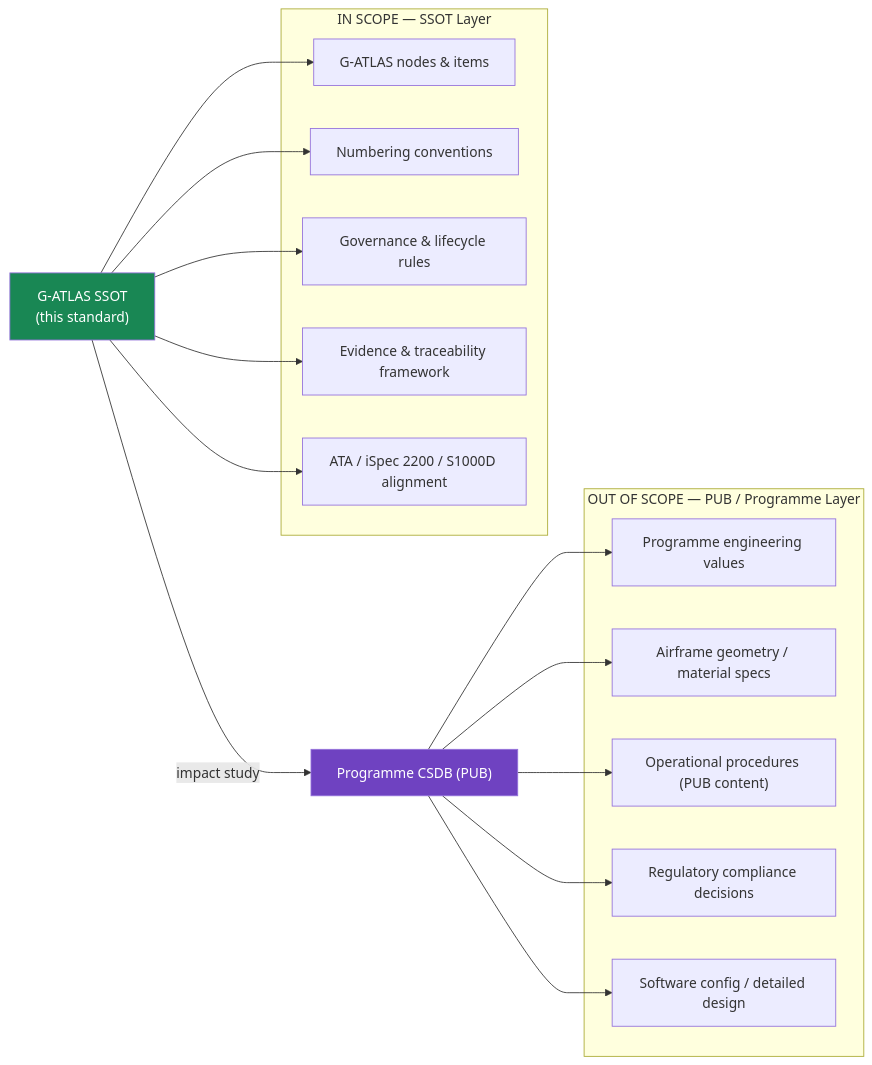
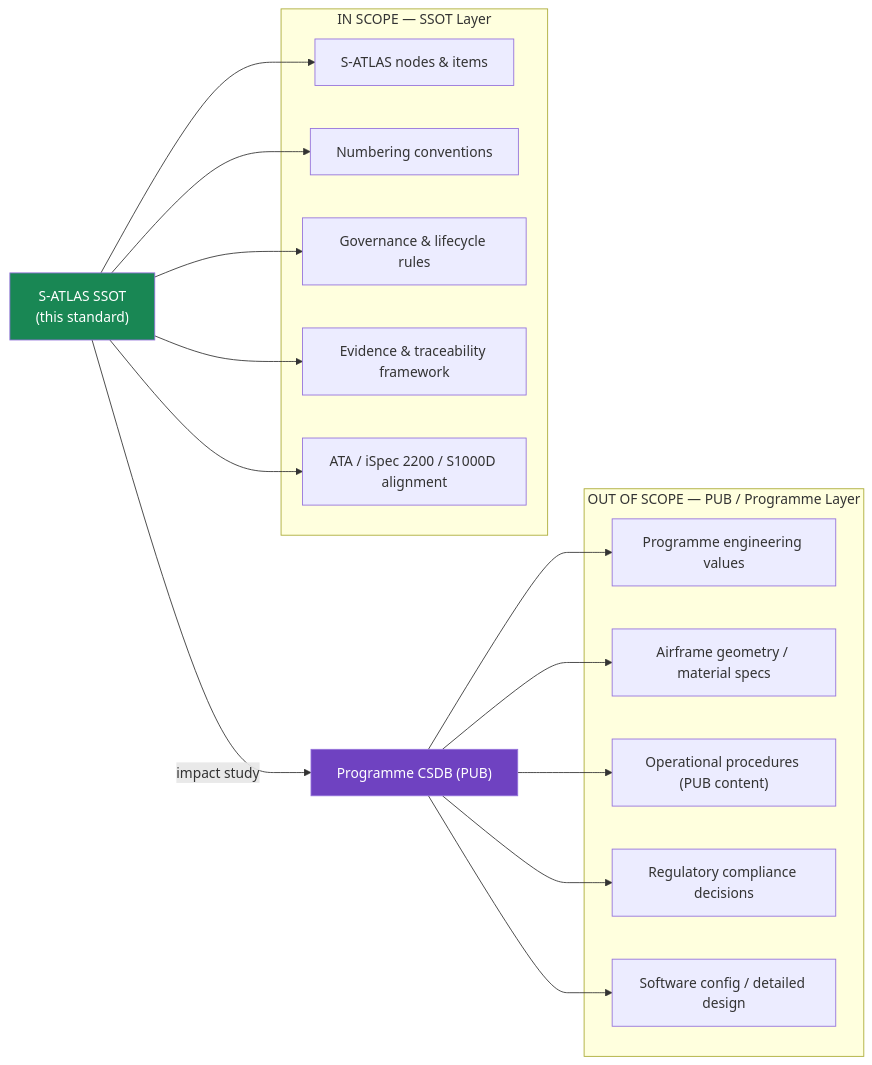
The diagram in 01_OPTIONS_ARCHITECTURE/01-03_TECHNOLOGIES/01-03-01_Q+ATLANTIDE/000-099_S-ATLAS/000-009_General-Information-and-Service/000_General/000-000_General-Introduction/000-000-001-Scope-and-Definitions.md (AmedeoPelliccia/Q-plus-A), drawn with Mermaid before and after one commit. The commit also changed other lines of this file and 641 other files, not shown here.

````diff
--- a/01_OPTIONS_ARCHITECTURE/01-03_TECHNOLOGIES/01-03-01_Q+ATLANTIDE/000-099_S-ATLAS/000-009_General-Information-and-Service/000_General/000-000_General-Introduction/000-000-001-Scope-and-Definitions.md
+++ b/01_OPTIONS_ARCHITECTURE/01-03_TECHNOLOGIES/01-03-01_Q+ATLANTIDE/000-099_S-ATLAS/000-009_General-Information-and-Service/000_General/000-000_General-Introduction/000-000-001-Scope-and-Definitions.md
@@ -102,25 +102,25 @@
 ```mermaid
 graph LR
     subgraph "IN SCOPE — SSOT Layer"
-        S1["G-ATLAS nodes &amp; items"]
+        S1["S-ATLAS nodes &amp; items"]
         S2["Numbering conventions"]
         S3["Governance &amp; lifecycle rules"]
         S4["Evidence &amp; traceability framework"]
         S5["ATA / iSpec 2200 / S1000D alignment"]
     end
 
     subgraph "OUT OF SCOPE — PUB / Programme Layer"
         O1["Programme engineering values"]
         O2["Airframe geometry / material specs"]
         O3["Operational procedures (PUB content)"]
         O4["Regulatory compliance decisions"]
         O5["Software config / detailed design"]
     end
 
-    SSOT["G-ATLAS SSOT<br/>(this standard)"] --> S1 & S2 & S3 & S4 & S5
+    SSOT["S-ATLAS SSOT<br/>(this standard)"] --> S1 & S2 & S3 & S4 & S5
     PROG["Programme CSDB (PUB)"] --> O1 & O2 & O3 & O4 & O5
     SSOT -->|"impact study"| PROG
 
     style SSOT fill:#198754,color:#fff
     style PROG fill:#6f42c1,color:#fff
 ```
````
